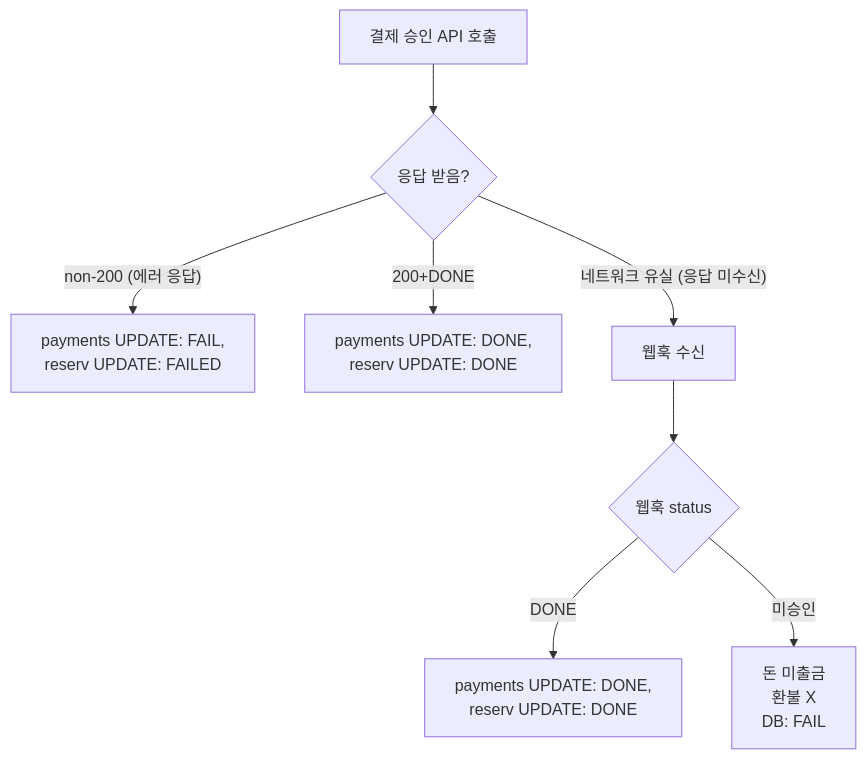
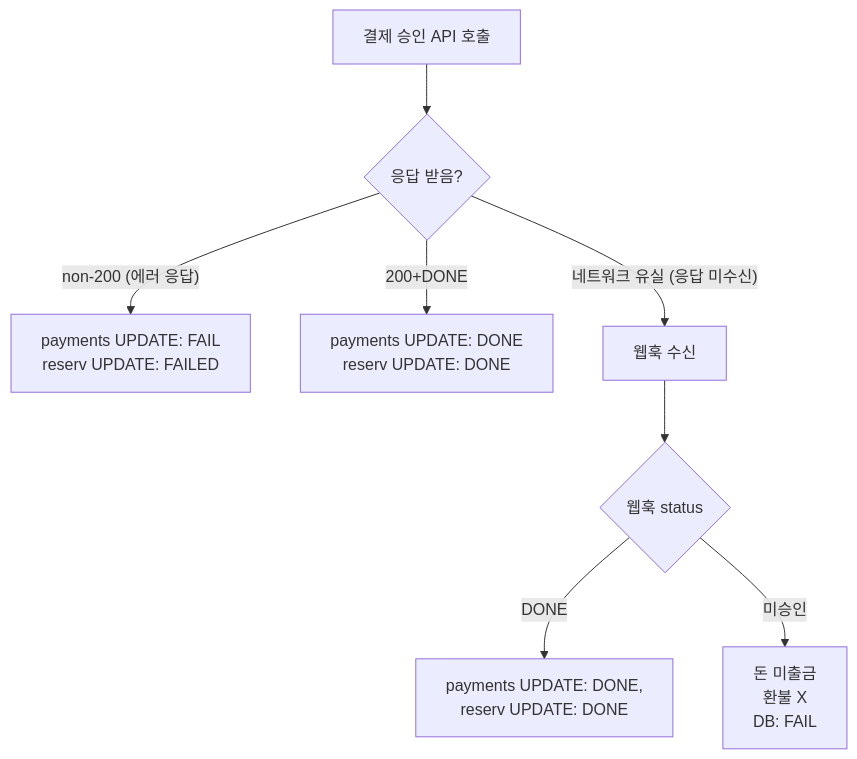
One commit to Lee-jinri/petcation changed the third of 3 diagrams in README.md. Above: the diagram before and after it, drawn with Mermaid. The commit also changed other lines of this file, not shown here.

````diff
--- a/README.md
+++ b/README.md
@@ -160,10 +160,10 @@
 ```mermaid
 flowchart TD
     A[결제 승인 API 호출] --> B{응답 받음?}
-    B -->|"non-200 (에러 응답)"| C[payments UPDATE: FAIL, <br> reserv UPDATE: FAILED]
-    B -->|200+DONE| D[payments UPDATE: DONE, <br> reserv UPDATE: DONE]
+    B -->|"non-200 (에러 응답)"| C[payments UPDATE: FAIL <br> reserv UPDATE: FAILED]
+    B -->|200+DONE| D[payments UPDATE: DONE <br> reserv UPDATE: DONE]
     B -->|"네트워크 유실 (응답 미수신)"| E[웹훅 수신]
     E --> F{웹훅 status}
     F -->|DONE| G[payments UPDATE: DONE, <br> reserv UPDATE: DONE]
     F -->|미승인| H[돈 미출금<br>환불 X<br>DB: FAIL]
 ```
````
